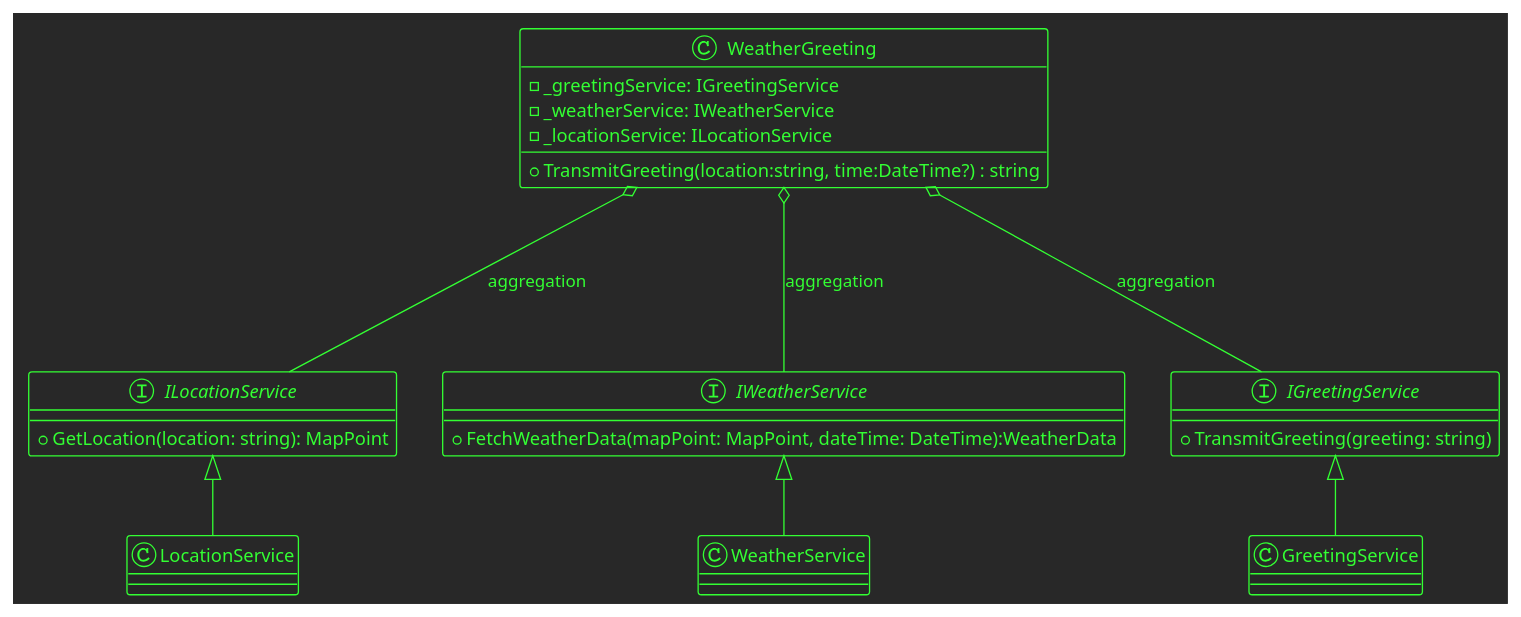
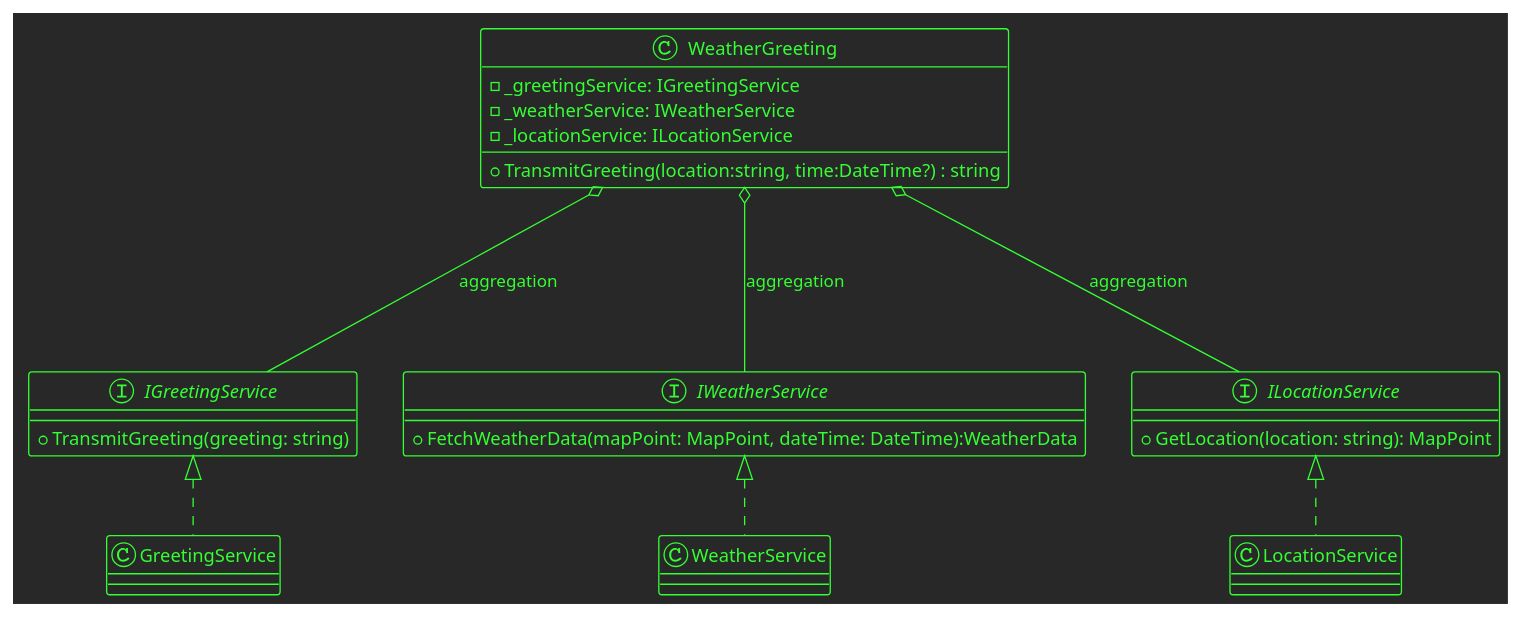
One commit to d-german/weather-greeting changed the diagram in WeatherGreeting/WeatherGreeting/WeatherGreeting.puml. Above: the diagram before and after it, drawn with PlantUML.

Commit message:
made some changes

```diff
--- a/WeatherGreeting/WeatherGreeting/WeatherGreeting.puml
+++ b/WeatherGreeting/WeatherGreeting/WeatherGreeting.puml
@@ -1,30 +1,30 @@
 @startuml
 !theme crt-green
 
 class WeatherGreeting {
     - _greetingService: IGreetingService
     - _weatherService: IWeatherService
     - _locationService: ILocationService
     + TransmitGreeting(location:string, time:DateTime?) : string
 }
 
 interface IGreetingService {
 + TransmitGreeting(greeting: string)
 }
 
 interface IWeatherService {
 + FetchWeatherData(mapPoint: MapPoint, dateTime: DateTime):WeatherData
 }
 
 interface ILocationService {
 + GetLocation(location: string): MapPoint
 }
 
 WeatherGreeting o--- IGreetingService : aggregation
 WeatherGreeting o--- IWeatherService : aggregation
 WeatherGreeting o--- ILocationService : aggregation
 
-GreetingService --up|> IGreetingService
-WeatherService --up|> IWeatherService
-LocationService --up|> ILocationService
+class GreetingService implements IGreetingService
+class WeatherService implements IWeatherService
+class LocationService implements ILocationService
 @enduml
```
